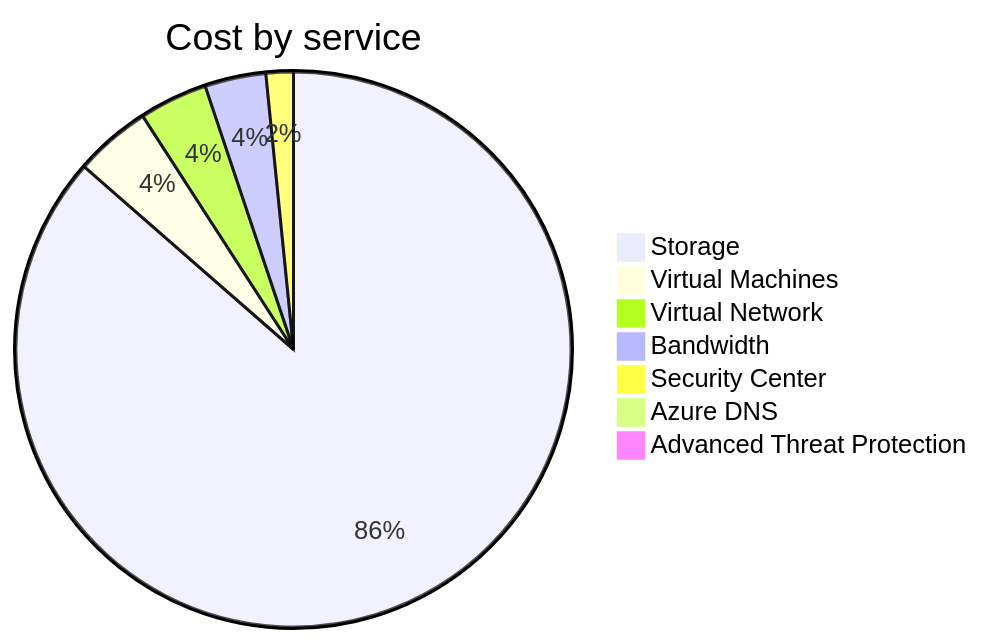
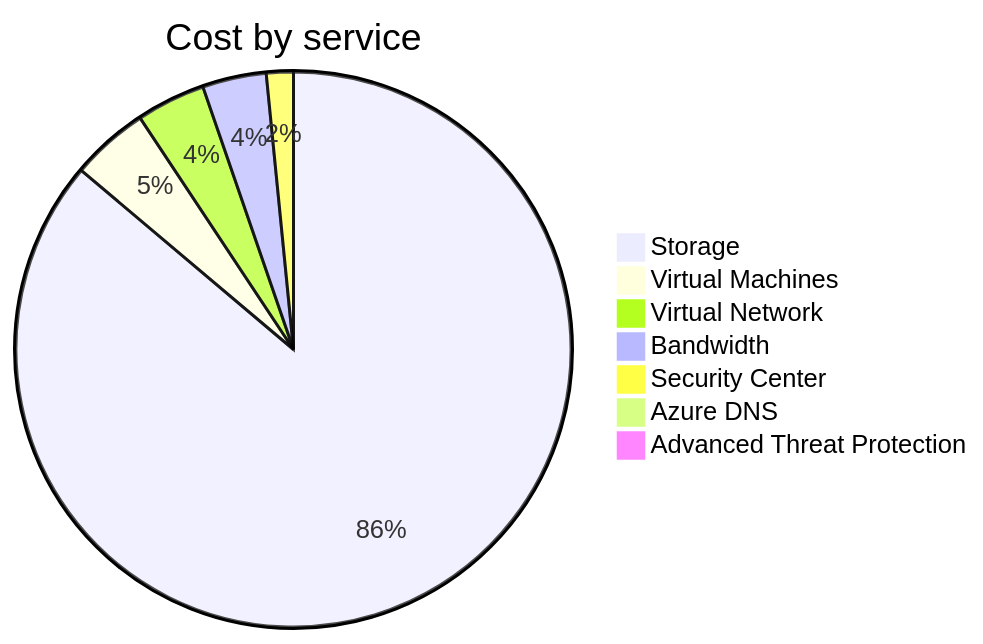
The second of 4 diagrams in cost-reports/personal-network/README.md (jpfulton/azure-personal-reports), drawn with Mermaid before and after one commit. The commit also changed other lines of this file and 9 other files, not shown here.

````diff
--- a/cost-reports/personal-network/README.md
+++ b/cost-reports/personal-network/README.md
@@ -99,11 +99,11 @@
 ```mermaid
 pie
    title Cost by service
-   "Storage" : 200.84
-   "Virtual Machines" : 10.33
-   "Virtual Network" : 9.25
-   "Bandwidth" : 8.26
+   "Storage" : 203.16
+   "Virtual Machines" : 10.68
+   "Virtual Network" : 9.50
+   "Bandwidth" : 8.76
    "Security Center" : 3.70
-   "Azure DNS" : 0.45
+   "Azure DNS" : 0.47
    "Advanced Threat Protection" : 0.00
 ```
````
